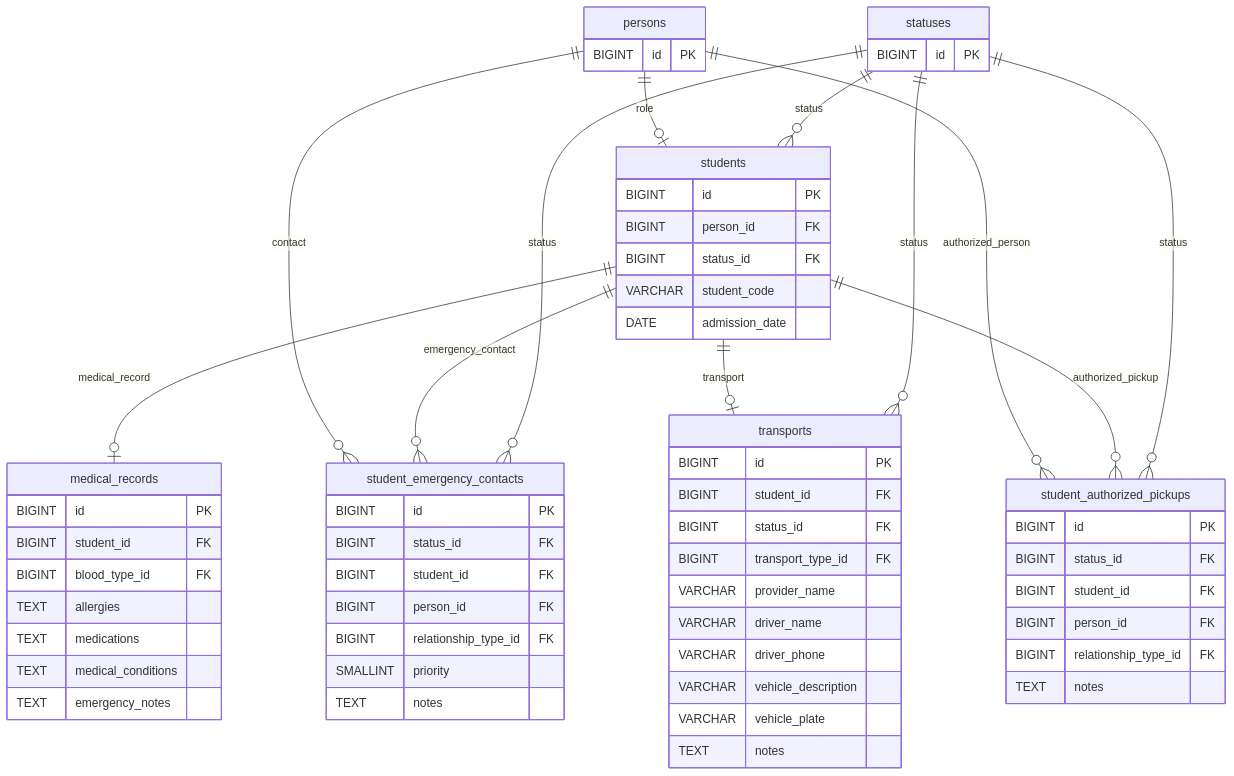
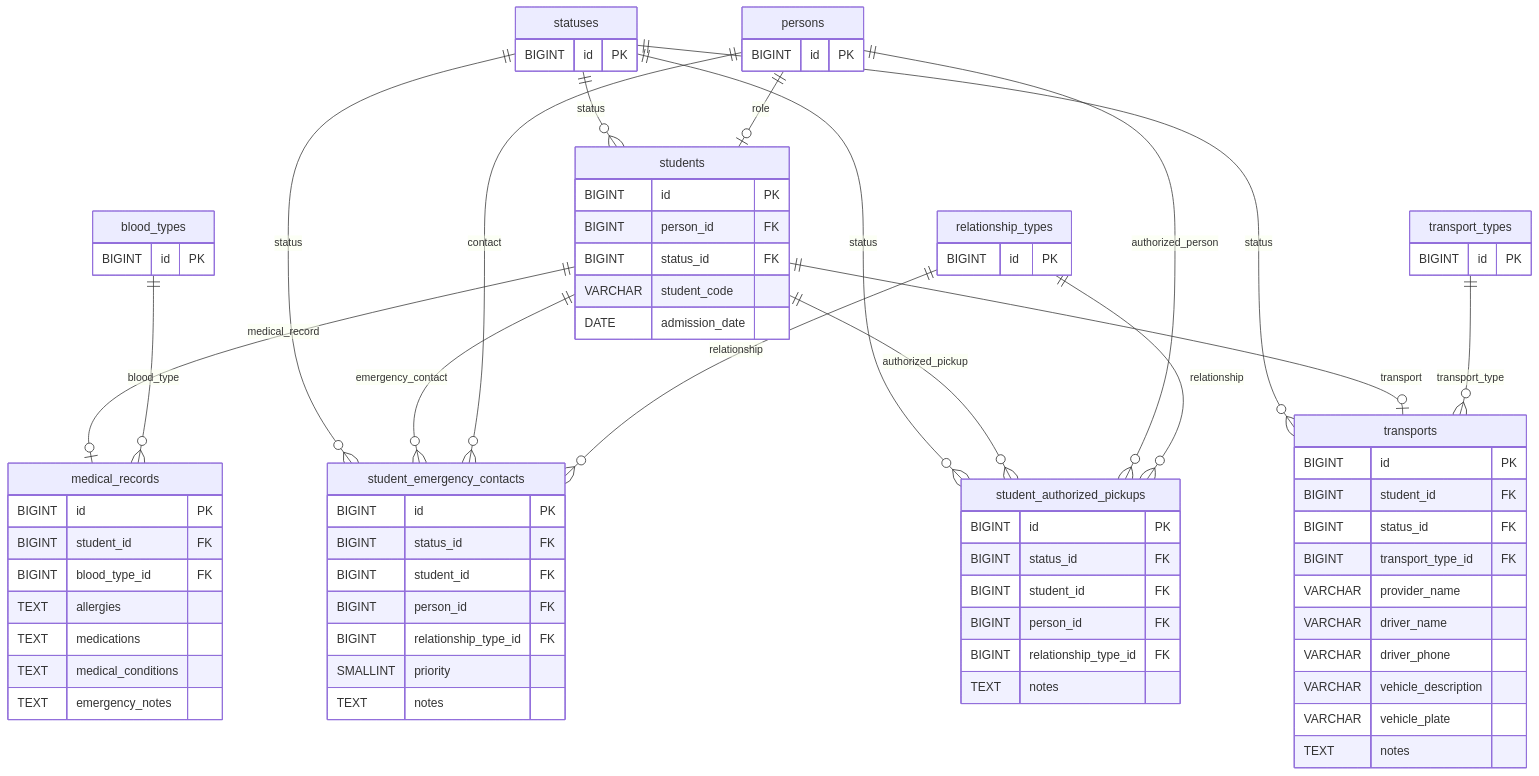
The fifth of 5 diagrams in .ai/ERD.md (patoz1977/antares-sis), drawn with Mermaid before and after one commit. The commit also changed other lines of this file and 15 other files, not shown here.

````diff
--- a/.ai/ERD.md
+++ b/.ai/ERD.md
@@ -527,6 +643,24 @@
     }
 
     persons {
+
+        BIGINT id PK
+
+    }
+
+    relationship_types {
+
+        BIGINT id PK
+
+    }
+
+    blood_types {
+
+        BIGINT id PK
+
+    }
+
+    transport_types {
 
         BIGINT id PK
 
@@ -634,13 +768,21 @@
 
     students ||--o| medical_records : medical_record
 
+    blood_types ||--o{ medical_records : blood_type
+
     students ||--o{ student_emergency_contacts : emergency_contact
 
     persons ||--o{ student_emergency_contacts : contact
+
+    relationship_types ||--o{ student_emergency_contacts : relationship
 
     students ||--o{ student_authorized_pickups : authorized_pickup
 
     persons ||--o{ student_authorized_pickups : authorized_person
 
+    relationship_types ||--o{ student_authorized_pickups : relationship
+
     students ||--o| transports : transport
+
+    transport_types ||--o{ transports : transport_type
 ```
````
